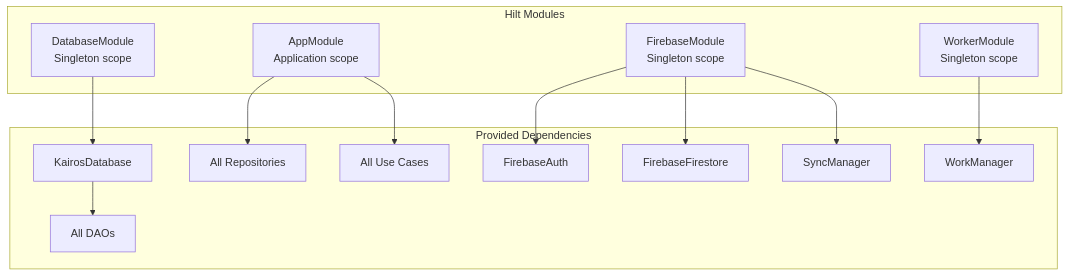
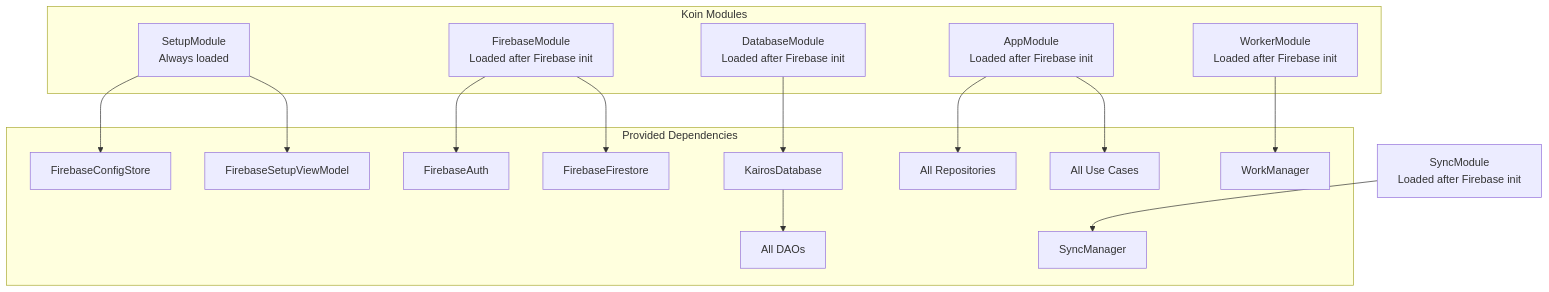
One commit to getaltair/kairos changed diagram 13 of 17 in docs/07-architecture.md. Above: the diagram before and after it, drawn with Mermaid. The commit also changed other lines of this file and 36 other files, not shown here.

````diff
--- a/docs/07-architecture.md
+++ b/docs/07-architecture.md
@@ -533,28 +535,33 @@
 ```mermaid
 flowchart TB
-    subgraph Modules["Hilt Modules"]
-        AppModule["AppModule<br/>Application scope"]
-        DatabaseModule["DatabaseModule<br/>Singleton scope"]
-        FirebaseModule["FirebaseModule<br/>Singleton scope"]
-        WorkerModule["WorkerModule<br/>Singleton scope"]
+    subgraph Modules["Koin Modules"]
+        SetupModule["SetupModule<br/>Always loaded"]
+        FirebaseModule["FirebaseModule<br/>Loaded after Firebase init"]
+        DatabaseModule["DatabaseModule<br/>Loaded after Firebase init"]
+        AppModule["AppModule<br/>Loaded after Firebase init"]
+        WorkerModule["WorkerModule<br/>Loaded after Firebase init"]
     end
-    
+
     subgraph Provides["Provided Dependencies"]
+        ConfigStore["FirebaseConfigStore"]
+        SetupVM["FirebaseSetupViewModel"]
+        FireAuth["FirebaseAuth"]
+        FireFS["FirebaseFirestore"]
         DB["KairosDatabase"]
         DAOs["All DAOs"]
         Repos["All Repositories"]
         UseCases["All Use Cases"]
-        FireAuth["FirebaseAuth"]
-        FireFS["FirebaseFirestore"]
         SyncMgr["SyncManager"]
         WorkMgr["WorkManager"]
     end
-    
-    DatabaseModule --> DB --> DAOs
+
+    SetupModule --> ConfigStore
+    SetupModule --> SetupVM
     FirebaseModule --> FireAuth
     FirebaseModule --> FireFS
-    FirebaseModule --> SyncMgr
+    SyncModule["SyncModule<br/>Loaded after Firebase init"] --> SyncMgr
+    DatabaseModule --> DB --> DAOs
     AppModule --> Repos
     AppModule --> UseCases
     WorkerModule --> WorkMgr
 ```
````
